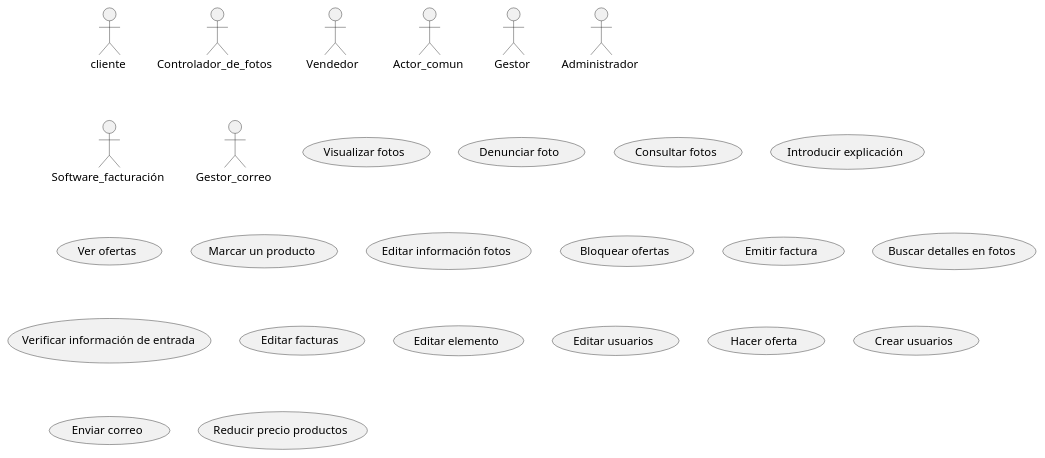
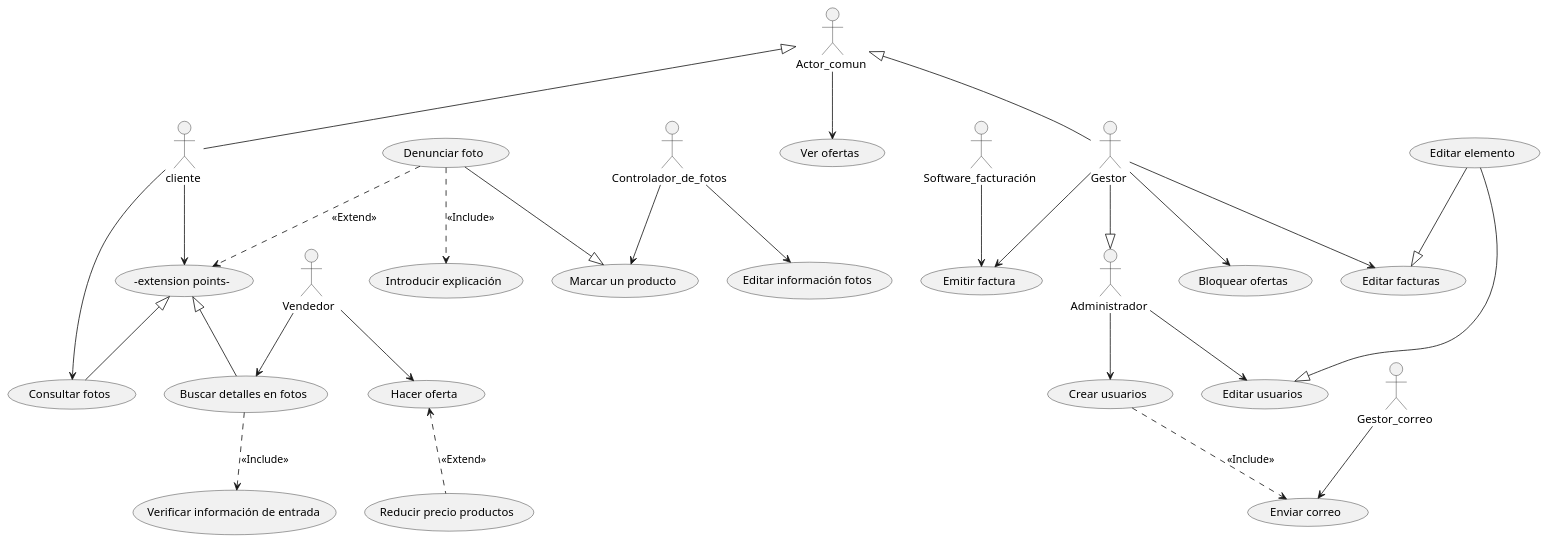
One commit to javimlopez/INRE-UAL-Azul-2022 changed the diagram in lab0/out/lab0/Prueba-anb/ejercicio-4.puml. Above: the diagram before and after it, drawn with PlantUML.

```diff
--- a/lab0/out/lab0/Prueba-anb/ejercicio-4.puml
+++ b/lab0/out/lab0/Prueba-anb/ejercicio-4.puml
@@ -1,30 +1,31 @@
 @startuml
 
- :cliente :
- :Controlador_de_fotos  :
- :Vendedor  :
- :Actor_comun :
- :Gestor :
- :Administrador :
- :Software_facturación :
- :Gestor_correo :
- (Visualizar fotos)
- (Denunciar foto)
- (Consultar fotos)
- (Introducir explicación)
- (Ver ofertas)
- (Marcar un producto)
- (Editar información fotos)
- (Bloquear ofertas)
- (Emitir factura)
- (Buscar detalles en fotos)
- (Verificar información de entrada)
- (Editar facturas)
- (Editar elemento)
- (Editar usuarios)
- (Hacer oferta)
- (Crear usuarios)
- (Enviar correo)
- (Reducir precio productos)
-
+ :cliente :--> (Visualizar fotos)  
+ (Visualizar fotos)  <|-- (Consultar fotos)
+ (Visualizar fotos)  <|-- (Buscar detalles en fotos)
+ :cliente : -->   (Consultar fotos)
+ :Controlador_de_fotos  :-->   (Marcar un producto)
+ :Controlador_de_fotos  :-->   (Editar información fotos)
+ :Vendedor  :--> (Buscar detalles en fotos)
+ :Vendedor  :-->  (Hacer oferta)
+ :Actor_comun :-->  (Ver ofertas)
+ :Actor_comun : <|-- :cliente :
+  :Actor_comun : <|-- :Gestor :
+ :Gestor :--> (Emitir factura)
+  :Gestor :--> (Bloquear ofertas)
+   :Gestor :--> (Editar facturas)
+   :Gestor :--|> :Administrador :
+ :Administrador : --> (Editar usuarios)
+:Administrador : -->  (Crear usuarios)
+ :Software_facturación :--> (Emitir factura)
+ :Gestor_correo : -->  (Enviar correo)
+ (Denunciar foto)--|>   (Marcar un producto)
+ (Denunciar foto)--> (Visualizar fotos)#line.dashed;text:black : <<Extend>>
+ (Denunciar foto)-->  (Introducir explicación)#line.dashed;text:black : <<Include>>
+ (Buscar detalles en fotos) -->   (Verificar información de entrada)#line.dashed;text:black : <<Include>>
+ (Editar elemento) --|> (Editar usuarios)
+ (Editar elemento) --|> (Editar facturas) 
+ (Crear usuarios) -->(Enviar correo)#line.dashed;text:black :  <<Include>>
+ (Hacer oferta) <--(Reducir precio productos)#line.dashed;text:black : <<Extend>>
+(Visualizar fotos) as "-extension points-"
 @enduml
```
